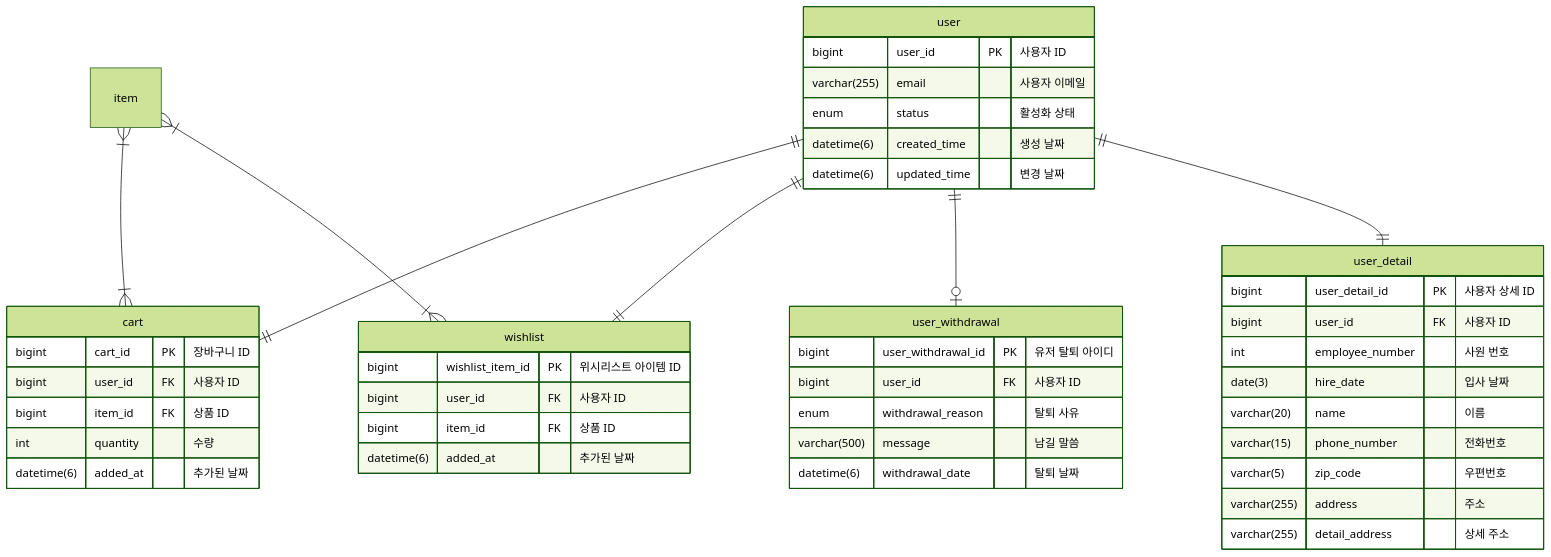
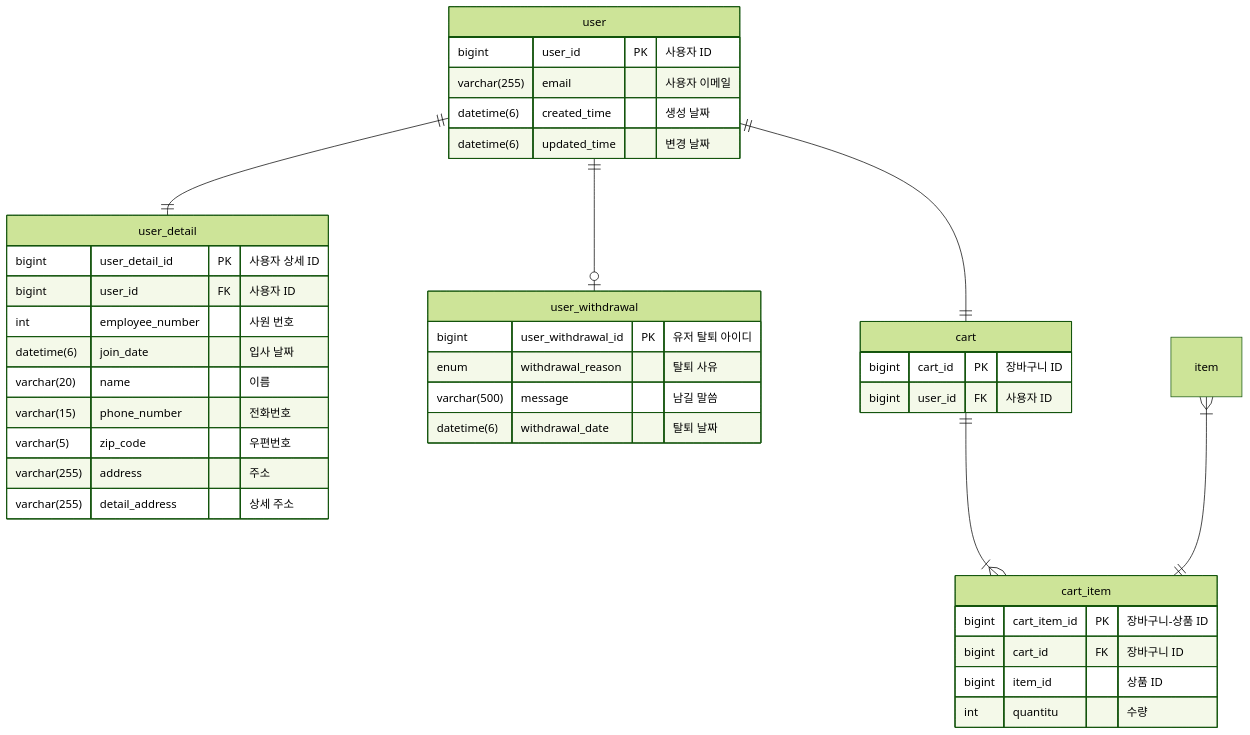
Before and after one commit to kea-dpang/docs: the second of 9 diagrams in Erd.md, drawn with Mermaid (forest theme). The commit also changed other lines of this file, not shown here.

Commit message:
[Docs] Update Erd.md
사용자, 인증 부분 수정

````diff
--- a/Erd.md
+++ b/Erd.md
@@ -37,53 +34,47 @@
 ```mermaid
 erDiagram
     user {
         bigint user_id PK "사용자 ID"
         varchar(255) email "사용자 이메일"
-        enum status "활성화 상태"
         datetime(6) created_time "생성 날짜"
         datetime(6) updated_time "변경 날짜"
     }
 
     user_detail {
         bigint user_detail_id PK "사용자 상세 ID"
         bigint user_id FK "사용자 ID"
         int employee_number "사원 번호"
-        date(3) hire_date "입사 날짜"
+        datetime(6) join_date "입사 날짜"
         varchar(20) name "이름"
         varchar(15) phone_number "전화번호"
         varchar(5) zip_code "우편번호"
         varchar(255) address "주소"
         varchar(255) detail_address "상세 주소"
     }
 
     user_withdrawal {
         bigint user_withdrawal_id PK "유저 탈퇴 아이디"
-        bigint user_id FK "사용자 ID"
         enum withdrawal_reason "탈퇴 사유"
         varchar(500) message "남길 말씀"
         datetime(6) withdrawal_date "탈퇴 날짜"
     }
 
     cart {
         bigint cart_id PK "장바구니 ID"
         bigint user_id FK "사용자 ID"
-        bigint item_id FK "상품 ID"
-        int quantity "수량"
-        datetime(6) added_at "추가된 날짜"
     }
 
-    wishlist {
-        bigint wishlist_item_id PK "위시리스트 아이템 ID"
-        bigint user_id FK "사용자 ID"
-        bigint item_id FK "상품 ID"
-        datetime(6) added_at "추가된 날짜"
-    }
+   cart_item {
+      bigint cart_item_id PK "장바구니-상품 ID"
+      bigint cart_id FK "장바구니 ID"
+      bigint item_id "상품 ID"
+      int quantitu "수량"
+   }
 
     user ||--|| cart: ""
-    user ||--|| wishlist: ""
     user ||--o| user_withdrawal: ""
     user ||--|| user_detail: ""
-    item }|--|{ cart: ""
-    item }|--|{ wishlist: ""
+    cart ||--|{ cart_item: ""
+    item }|--|| cart_item: ""
 
 ```
````
